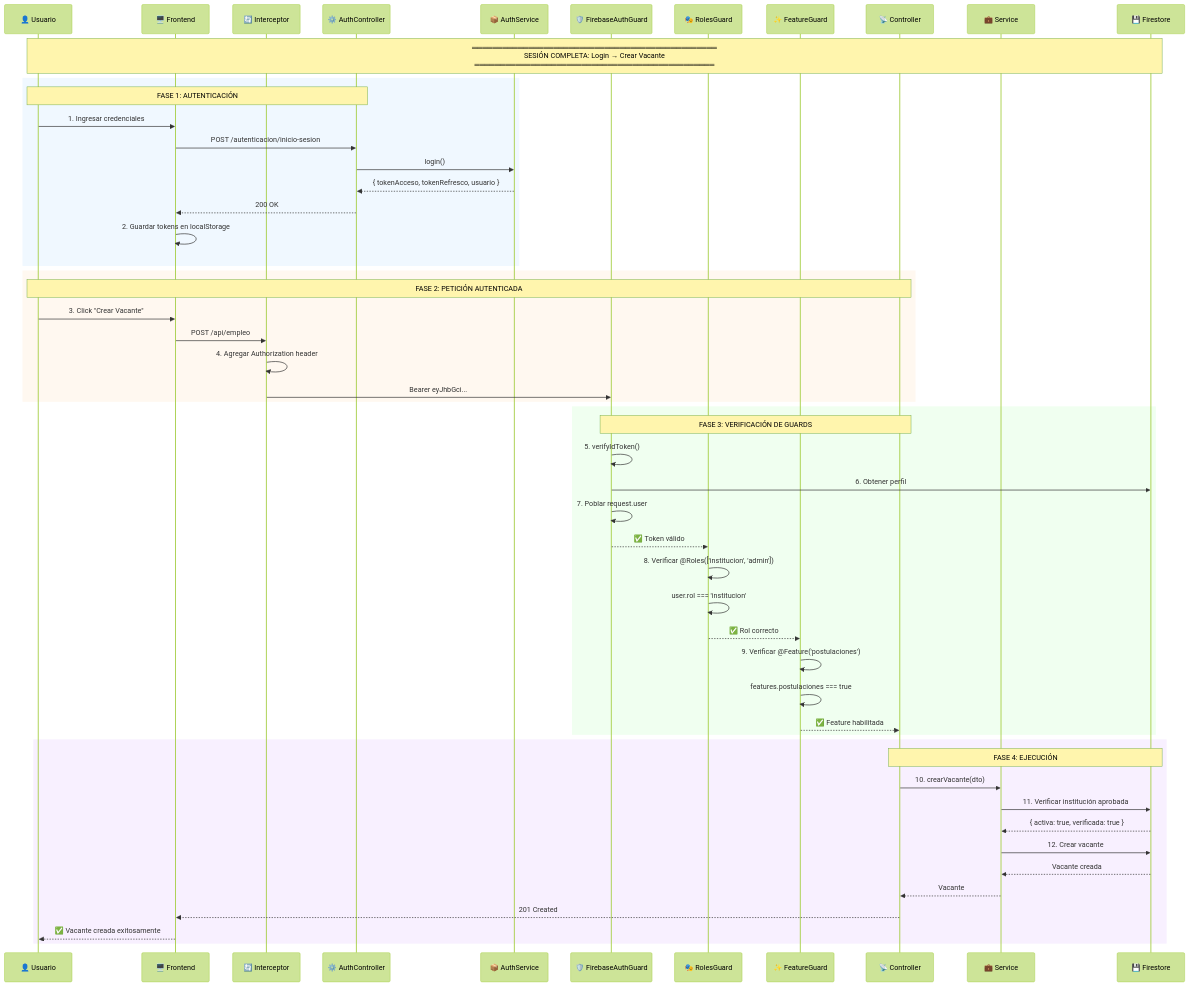
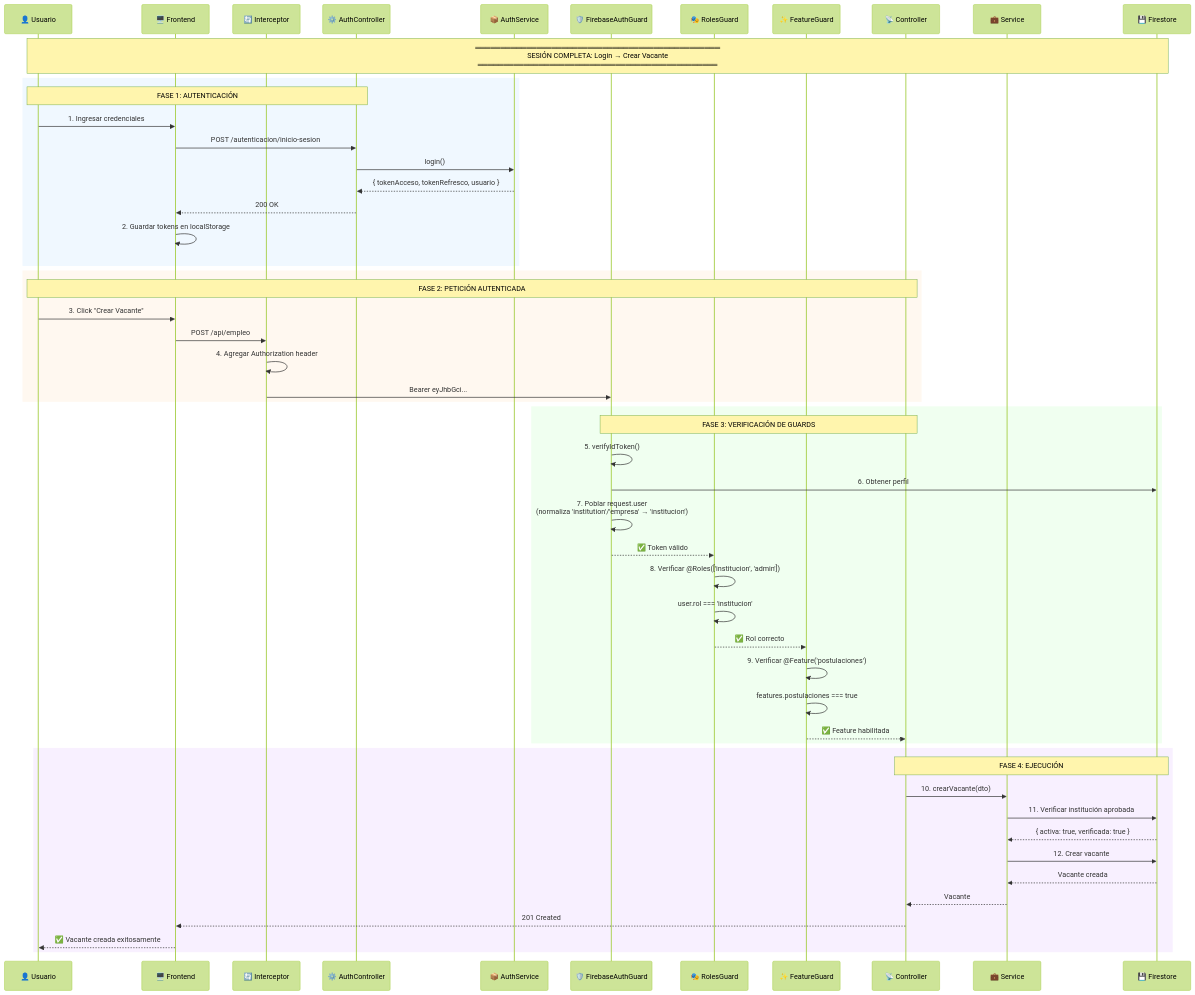
Before and after one commit to Isael7w7/raices-backend: the ninth of 12 diagrams in docs/AUTH-FLOW.md, drawn with Mermaid (forest theme). The commit also changed other lines of this file and 4 other files, not shown here.

````diff
--- a/docs/AUTH-FLOW.md
+++ b/docs/AUTH-FLOW.md
@@ -599,62 +602,62 @@
 ```mermaid
 sequenceDiagram
     participant U as 👤 Usuario
     participant F as 🖥️ Frontend
     participant I as 🔄 Interceptor
     participant A as ⚙️ AuthController
     participant S as 📦 AuthService
     participant G1 as 🛡️ FirebaseAuthGuard
     participant G2 as 🎭 RolesGuard
     participant G3 as ✨ FeatureGuard
     participant C as 📡 Controller
     participant SVC as 💼 Service
     participant DB as 💾 Firestore
 
     Note over U,DB: ════════════════════════════════════════════════<br/>SESIÓN COMPLETA: Login → Crear Vacante<br/>═══════════════════════════════════════════════
 
     rect rgb(240, 248, 255)
         Note over U,A: FASE 1: AUTENTICACIÓN
         U->>F: 1. Ingresar credenciales
         F->>A: POST /autenticacion/inicio-sesion
         A->>S: login()
         S-->>A: { tokenAcceso, tokenRefresco, usuario }
         A-->>F: 200 OK
         F->>F: 2. Guardar tokens en localStorage
     end
 
     rect rgb(255, 248, 240)
         Note over U,C: FASE 2: PETICIÓN AUTENTICADA
         U->>F: 3. Click "Crear Vacante"
         F->>I: POST /api/empleo
         I->>I: 4. Agregar Authorization header
         I->>G1: Bearer eyJhbGci...
     end
 
     rect rgb(240, 255, 240)
         Note over G1,C: FASE 3: VERIFICACIÓN DE GUARDS
         G1->>G1: 5. verifyIdToken()
         G1->>DB: 6. Obtener perfil
-        G1->>G1: 7. Poblar request.user
+        G1->>G1: 7. Poblar request.user<br/>(normaliza 'institution'/'empresa' → 'institucion')
         G1-->>G2: ✅ Token válido
 
         G2->>G2: 8. Verificar @Roles(['institucion', 'admin'])
         G2->>G2: user.rol === 'institucion'
         G2-->>G3: ✅ Rol correcto
 
         G3->>G3: 9. Verificar @Feature('postulaciones')
         G3->>G3: features.postulaciones === true
         G3-->>C: ✅ Feature habilitada
     end
 
     rect rgb(248, 240, 255)
         Note over C,DB: FASE 4: EJECUCIÓN
         C->>SVC: 10. crearVacante(dto)
         SVC->>DB: 11. Verificar institución aprobada
         DB-->>SVC: { activa: true, verificada: true }
         SVC->>DB: 12. Crear vacante
         DB-->>SVC: Vacante creada
         SVC-->>C: Vacante
         C-->>F: 201 Created
         F-->>U: ✅ Vacante creada exitosamente
     end
 ```
````
